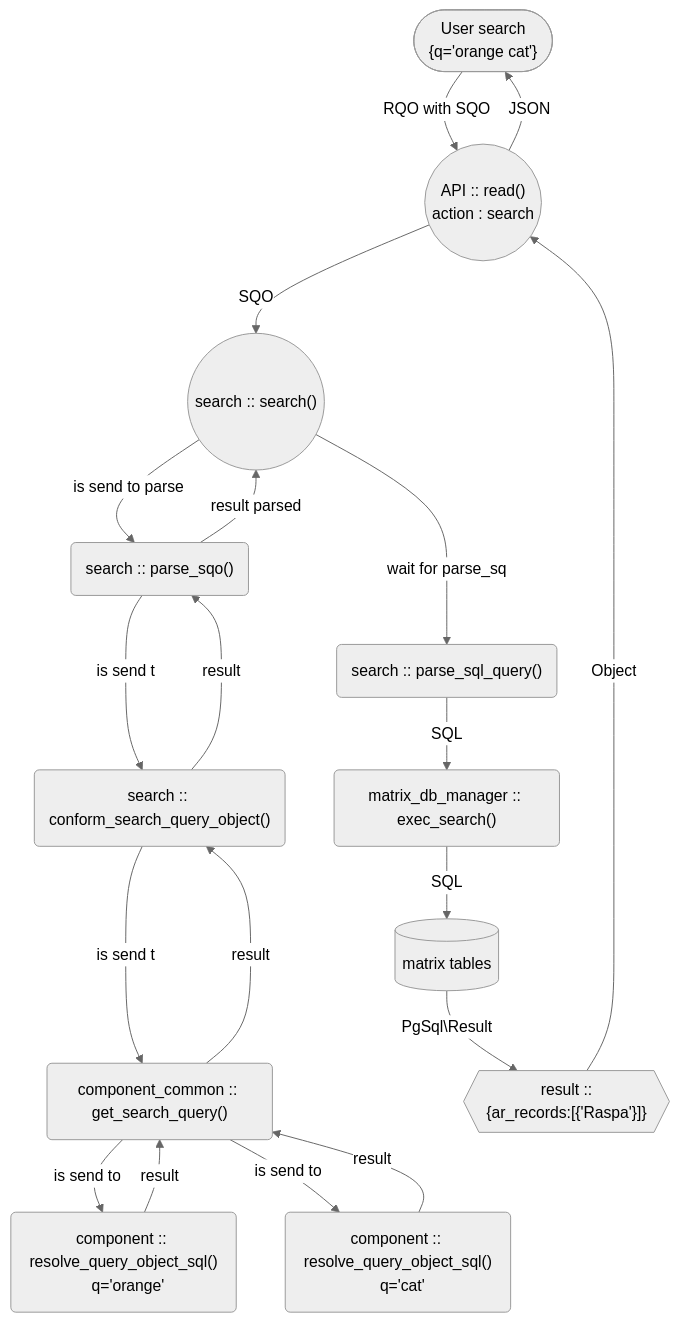
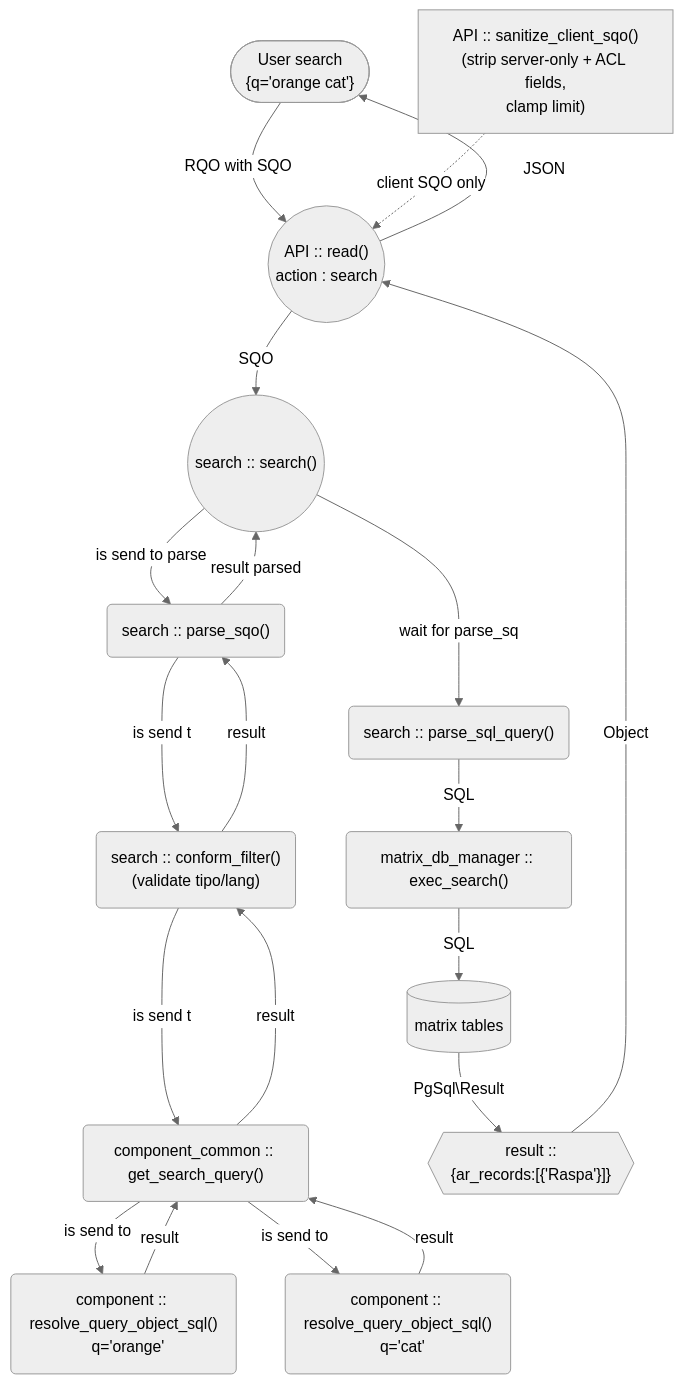
Before and after one commit to renderpci/dedalo: the first of 4 diagrams in docs/core/sqo.md, drawn with Mermaid (neutral theme). The commit also changed other lines of this file and 2 other files, not shown here.

First line of the commit message:
docs(config): add search configuration and access control documentation

````diff
--- a/docs/core/sqo.md
+++ b/docs/core/sqo.md
@@ -21,29 +21,33 @@
 ```mermaid
     graph TD
     A(["User  search
      {q='orange cat'}"]) -- RQO with SQO--> B
     B(("API :: read()
     action : search"))
     B --SQO--> C(("search :: search()" ))
+    A2["API :: sanitize_client_sqo()
+    (strip server-only + ACL fields,
+    clamp limit)"] -.client SQO only.-> B
     C --is send to parse--> D("search :: parse_sqo()" )
     D-- result parsed -->C
-    D --is send to--> E("search :: conform_search_query_object()" )
+    D --is send to--> E("search :: conform_filter()
+    (validate tipo/lang)" )
     E-- result -->D
     E --is send to--> F("component_common :: get_search_query()" )
     F-- result -->E
     F-- is send to -->G
     G("component :: resolve_query_object_sql()
       q='orange'")
     F-- is send to -->H
     H("component :: resolve_query_object_sql()
       q='cat' ")
     G-- result -->F
     H-- result -->F
     C-- wait for parse_sqo--> I("search :: parse_sql_query()")
     I--SQL--> J("matrix_db_manager :: exec_search()")
     J--SQL-->Q[(matrix tables)]
     Q --PgSql\Result--> K{{"result ::
     {ar_records:[{'Raspa'}]}"}}
     K --Object--> B
     B --JSON--> A
 ```
````
